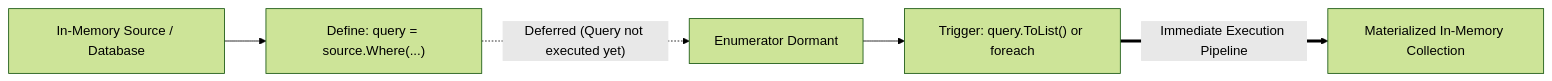
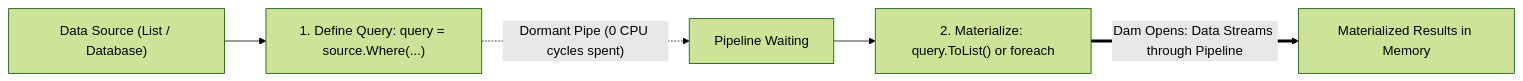
The diagram in Main/Topics/13_LINQ/README.md (Singhkunall/Csharp-learning), drawn with Mermaid (forest theme) before and after one commit. The commit also changed other lines of this file and 9 other files, not shown here.

Commit message:
Enhance: In-depth story-driven theory, architecture diagrams, and comprehensive code for Phases 3 & 4 (Topics 11-15)

````diff
--- a/Main/Topics/13_LINQ/README.md
+++ b/Main/Topics/13_LINQ/README.md
@@ -22,7 +30,7 @@
 ```mermaid
 flowchart LR
-    Data["In-Memory Source / Database"] --> Query["Define: query = source.Where(...)"]
-    Query -.->|"Deferred (Query not executed yet)"| Dormant["Enumerator Dormant"]
-    Dormant --> Trigger["Trigger: query.ToList() or foreach"]
-    Trigger ==>|"Immediate Execution Pipeline"| Results["Materialized In-Memory Collection"]
+    Source["Data Source (List / Database)"] --> Define["1. Define Query: query = source.Where(...)"]
+    Define -.->|"Dormant Pipe (0 CPU cycles spent)"| ClosedValve["Pipeline Waiting"]
+    ClosedValve --> Trigger["2. Materialize: query.ToList() or foreach"]
+    Trigger ==>|"Dam Opens: Data Streams through Pipeline"| Output["Materialized Results in Memory"]
 ```
````
